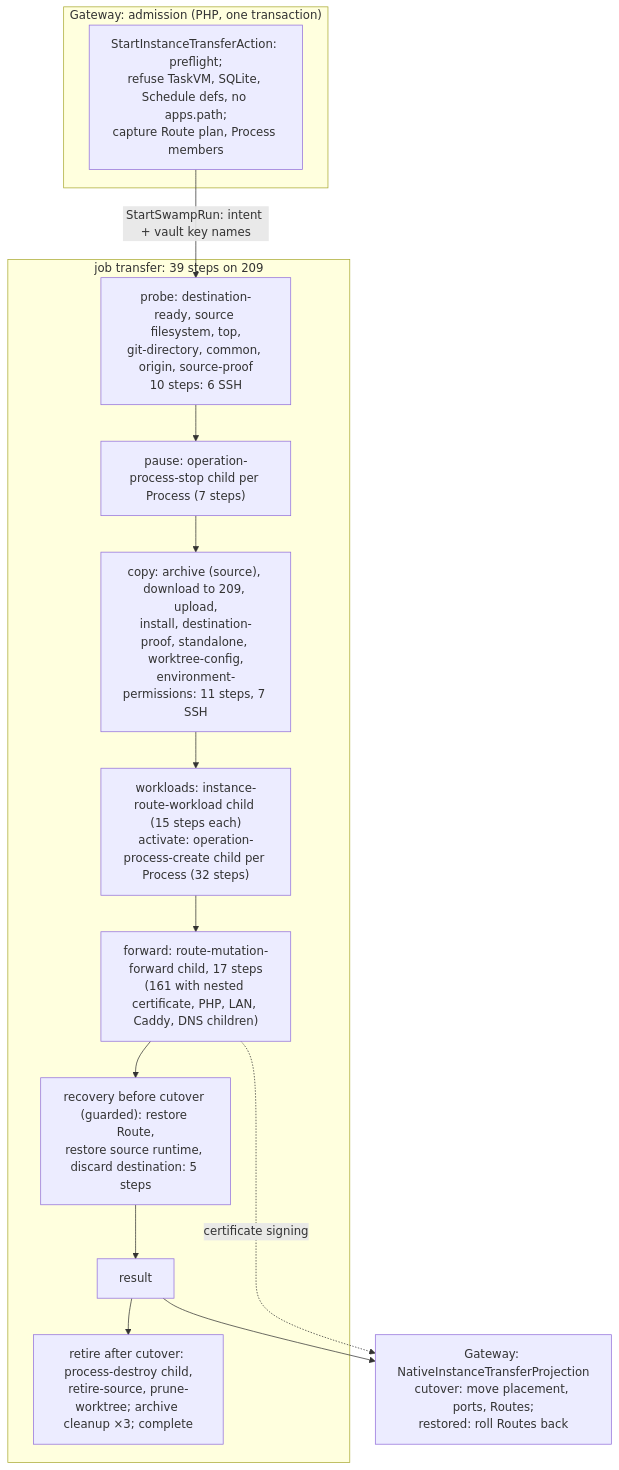
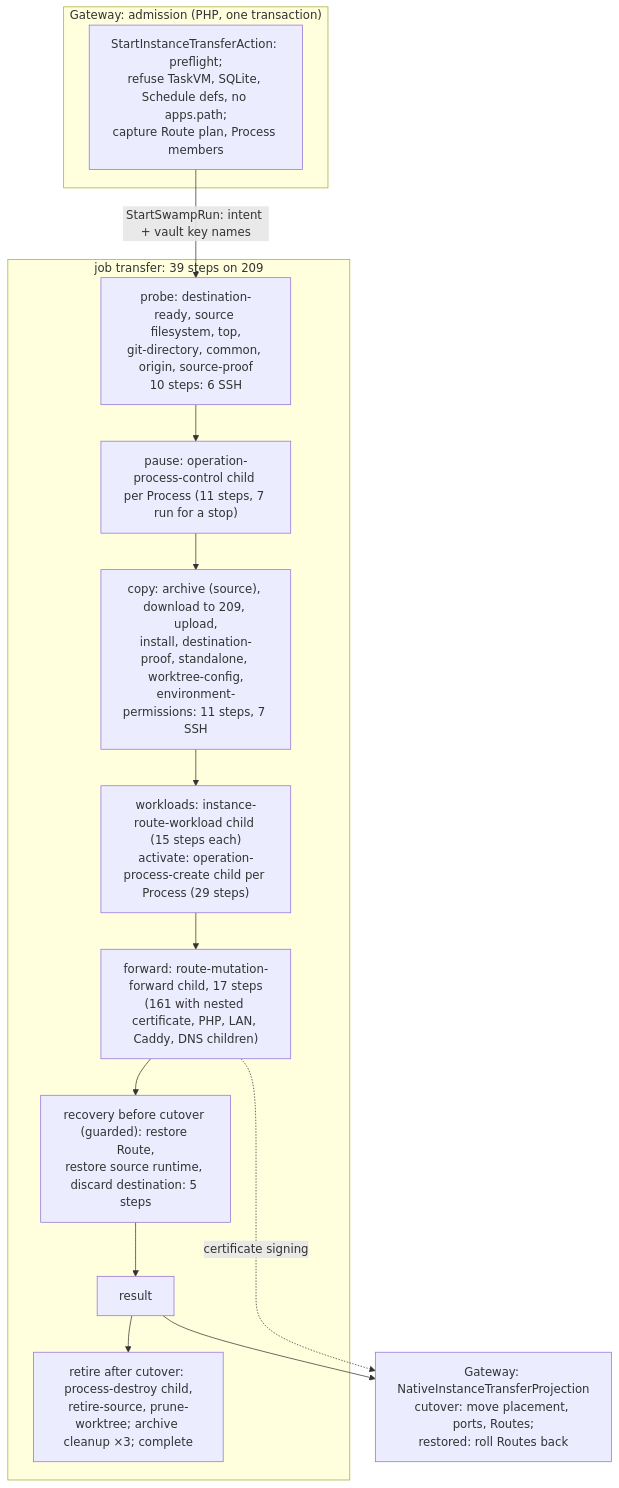
One commit to hardimpactdev/orbit changed the second of 2 diagrams in docs/swamp/diagrams/instance-transfer.md. Above: the diagram before and after it, drawn with Mermaid. The commit also changed other lines of this file and 42 other files, not shown here.

First line of the commit message:
feat(processes): start, stop and restart in one 209 control workflow; charts drive step names

````diff
--- a/docs/swamp/diagrams/instance-transfer.md
+++ b/docs/swamp/diagrams/instance-transfer.md
@@ -87,23 +87,23 @@
 ```mermaid
 flowchart TD
   subgraph GW1["Gateway: admission (PHP, one transaction)"]
     A1["StartInstanceTransferAction: preflight;<br/>refuse TaskVM, SQLite, Schedule defs, no apps.path;<br/>capture Route plan, Process members"]
   end
 
   subgraph RUN["job transfer: 39 steps on 209"]
     T1["probe: destination-ready, source filesystem, top,<br/>git-directory, common, origin, source-proof<br/>10 steps: 6 SSH"]
-    T2["pause: operation-process-stop child per Process (7 steps)"]
+    T2["pause: operation-process-control child per Process (11 steps, 7 run for a stop)"]
     T3["copy: archive (source), download to 209, upload,<br/>install, destination-proof, standalone, worktree-config,<br/>environment-permissions: 11 steps, 7 SSH"]
-    T4["workloads: instance-route-workload child (15 steps each)<br/>activate: operation-process-create child per Process (32 steps)"]
+    T4["workloads: instance-route-workload child (15 steps each)<br/>activate: operation-process-create child per Process (29 steps)"]
     T5["forward: route-mutation-forward child, 17 steps<br/>(161 with nested certificate, PHP, LAN, Caddy, DNS children)"]
     T6["recovery before cutover (guarded): restore Route,<br/>restore source runtime, discard destination: 5 steps"]
     T7["result"]
     T8["retire after cutover: process-destroy child,<br/>retire-source, prune-worktree; archive cleanup ×3; complete"]
     T1 --> T2 --> T3 --> T4 --> T5 --> T6 --> T7 --> T8
   end
 
   G["Gateway: NativeInstanceTransferProjection<br/>cutover: move placement, ports, Routes;<br/>restored: roll Routes back"]
   A1 -- "StartSwampRun: intent + vault key names" --> T1
   T5 -. "certificate signing" .-> G
   T7 --> G
 ```
````
